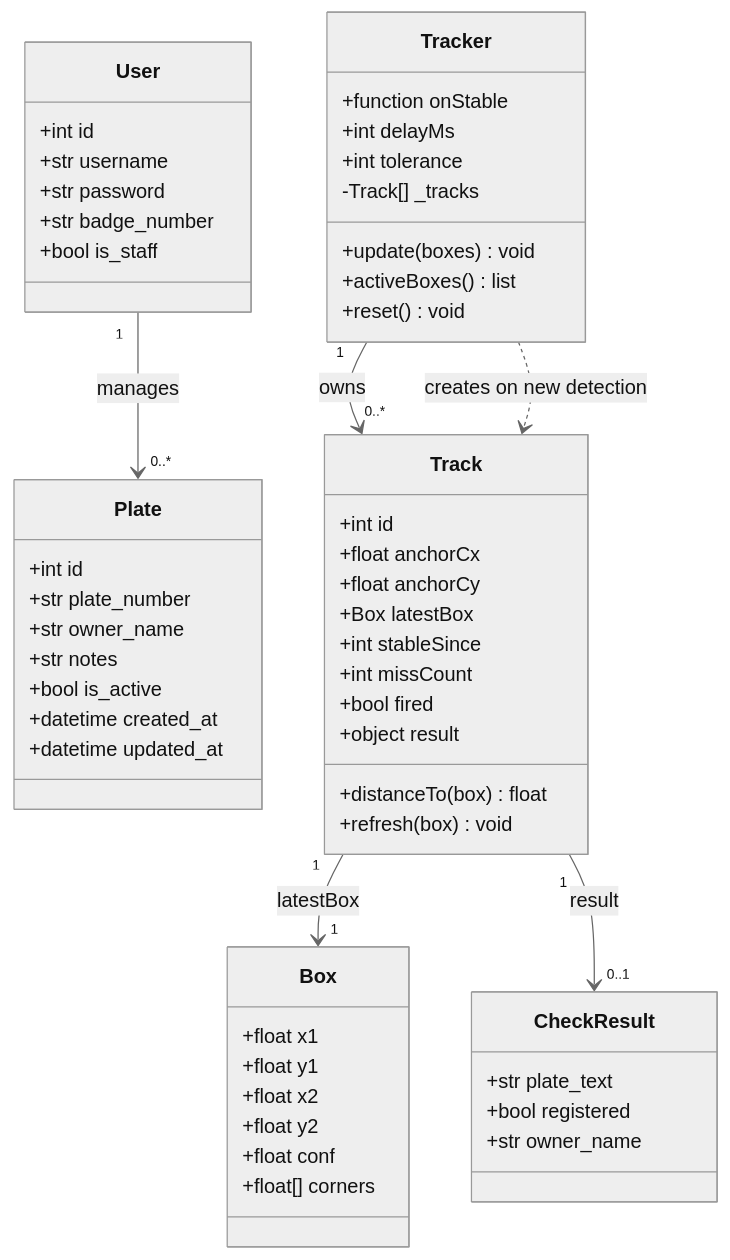
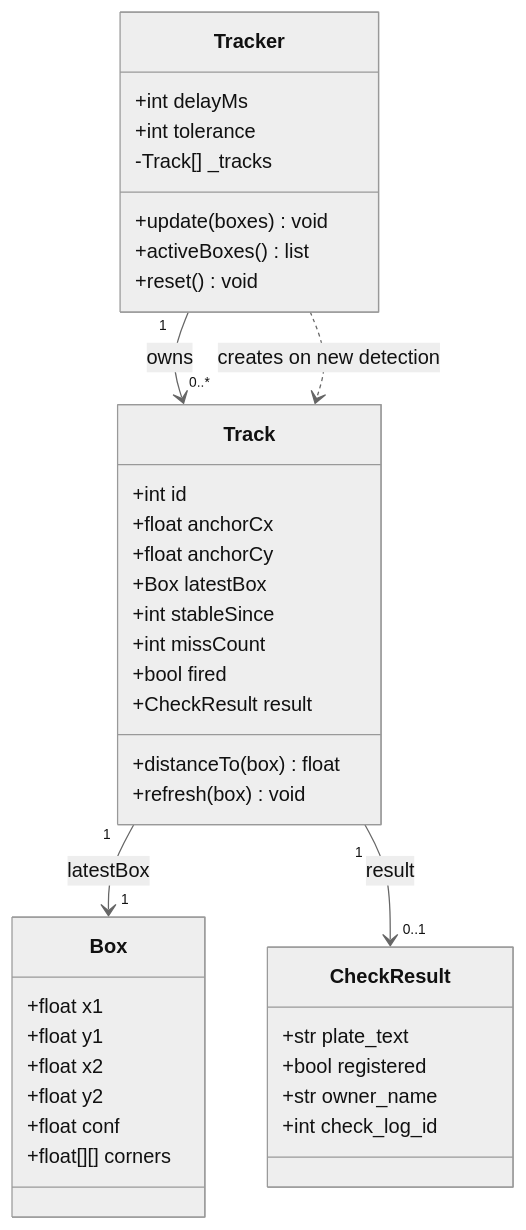
One commit to veghk/park-check-app-thesis changed the fourth of 4 diagrams in README.md. Above: the diagram before and after it, drawn with Mermaid (neutral theme). The commit also changed other lines of this file and 11 other files, not shown here.

````diff
--- a/README.md
+++ b/README.md
@@ -58,64 +149,45 @@
 ```mermaid
 classDiagram
-    class User {
-        +int id
-        +str username
-        +str password
-        +str badge_number
-        +bool is_staff
-    }
-
-    class Plate {
-        +int id
-        +str plate_number
-        +str owner_name
-        +str notes
-        +bool is_active
-        +datetime created_at
-        +datetime updated_at
+    class Tracker {
+        +int delayMs
+        +int tolerance
+        -Track[] _tracks
+        +update(boxes) void
+        +activeBoxes() list
+        +reset() void
     }
 
     class Track {
         +int id
         +float anchorCx
         +float anchorCy
         +Box latestBox
         +int stableSince
         +int missCount
         +bool fired
-        +object result
+        +CheckResult result
         +distanceTo(box) float
         +refresh(box) void
-    }
-
-    class Tracker {
-        +function onStable
-        +int delayMs
-        +int tolerance
-        -Track[] _tracks
-        +update(boxes) void
-        +activeBoxes() list
-        +reset() void
     }
 
     class Box {
         +float x1
         +float y1
         +float x2
         +float y2
         +float conf
-        +float[] corners
+        +float[][] corners
     }
 
     class CheckResult {
         +str plate_text
         +bool registered
         +str owner_name
+        +int check_log_id
     }
 
-    User "1" --> "0..*" Plate : manages
     Tracker "1" --> "0..*" Track : owns
     Track "1" --> "1" Box : latestBox
     Track "1" --> "0..1" CheckResult : result
     Tracker ..> Track : creates on new detection
 ```
````
